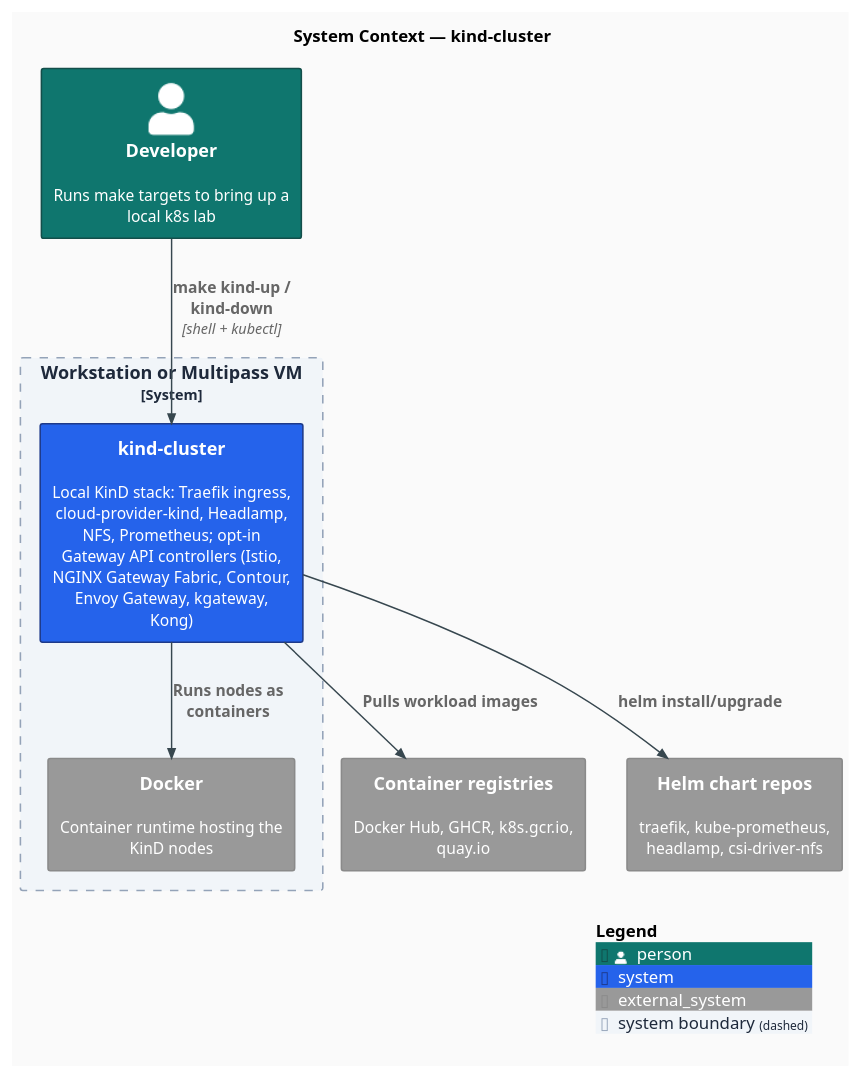
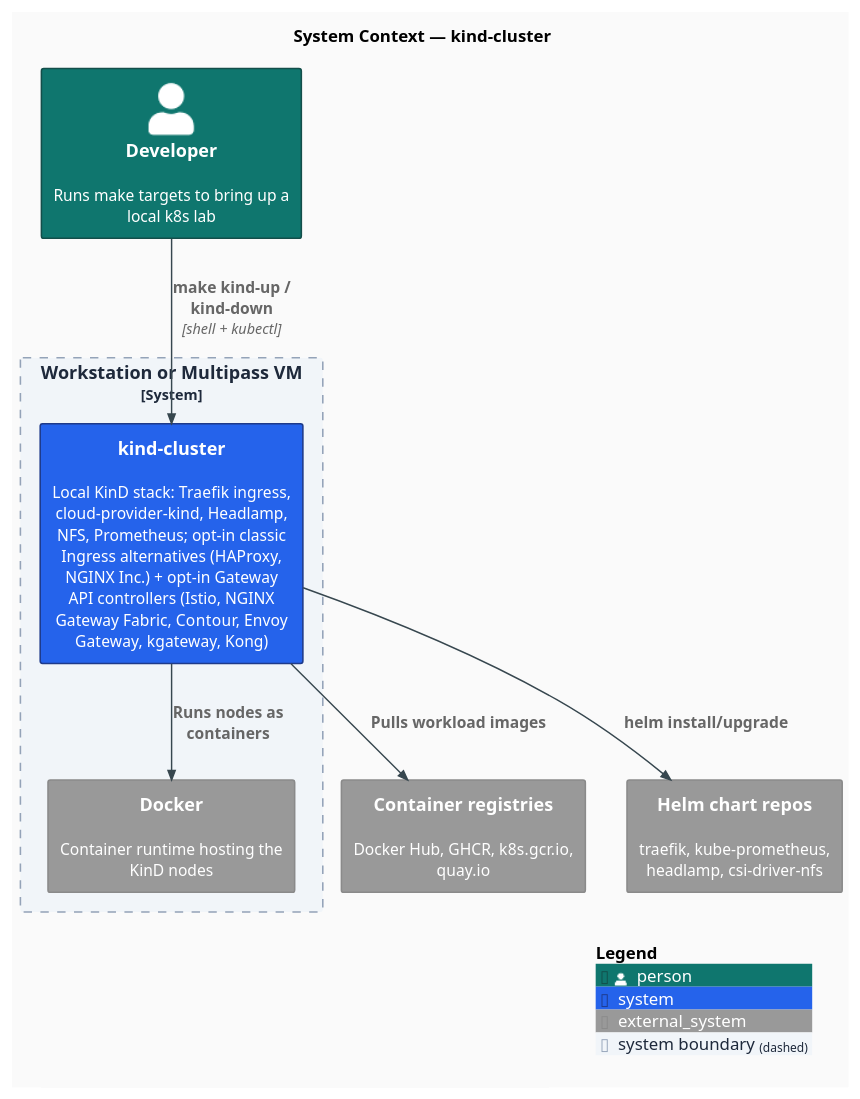
One commit to AndriyKalashnykov/kind-cluster changed the diagram in docs/diagrams/c4-context.puml. Above: the diagram before and after it, drawn with PlantUML. The commit also changed 15 other files, not shown here.

```diff
--- a/docs/diagrams/c4-context.puml
+++ b/docs/diagrams/c4-context.puml
@@ -1,37 +1,37 @@
 @startuml c4-context
 !include https://raw.githubusercontent.com/plantuml-stdlib/C4-PlantUML/v2.13.0/C4_Context.puml
 
 ' Modern flat styling: no shadows, sharper corners, clean sans-serif, modern palette.
 skinparam backgroundColor #FAFAFA
 skinparam shadowing false
 skinparam roundCorner 4
 skinparam defaultFontName "Inter, Helvetica, Arial, sans-serif"
 skinparam defaultFontSize 13
 skinparam ArrowColor #37474F
 skinparam ArrowThickness 1.2
 skinparam rectangleBorderThickness 1.3
 
 UpdateElementStyle("person",       $fontColor="#FFFFFF", $bgColor="#0F766E", $borderColor="#134E4A")
 UpdateElementStyle("system",       $fontColor="#FFFFFF", $bgColor="#2563EB", $borderColor="#1E3A8A")
 UpdateElementStyle("system_ext",   $fontColor="#FFFFFF", $bgColor="#64748B", $borderColor="#334155")
 UpdateBoundaryStyle($bgColor="#F1F5F9", $borderColor="#94A3B8", $fontColor="#1E293B")
 
 title System Context — kind-cluster
 
 Person(dev, "Developer", "Runs make targets to bring up a local k8s lab")
 
 System_Boundary(host, "Workstation or Multipass VM") {
-  System(kind, "kind-cluster", "Local KinD stack: Traefik ingress, cloud-provider-kind, Headlamp, NFS, Prometheus; opt-in Gateway API controllers (Istio, NGINX Gateway Fabric, Contour, Envoy Gateway, kgateway, Kong)")
+  System(kind, "kind-cluster", "Local KinD stack: Traefik ingress, cloud-provider-kind, Headlamp, NFS, Prometheus; opt-in classic Ingress alternatives (HAProxy, NGINX Inc.) + opt-in Gateway API controllers (Istio, NGINX Gateway Fabric, Contour, Envoy Gateway, kgateway, Kong)")
   System_Ext(docker, "Docker", "Container runtime hosting the KinD nodes")
 }
 
 System_Ext(registries, "Container registries", "Docker Hub, GHCR, k8s.gcr.io, quay.io")
 System_Ext(charts, "Helm chart repos", "traefik, kube-prometheus, headlamp, csi-driver-nfs")
 
 Rel(dev, kind, "make kind-up / kind-down", "shell + kubectl")
 Rel(kind, docker, "Runs nodes as containers")
 Rel(kind, registries, "Pulls workload images")
 Rel(kind, charts, "helm install/upgrade")
 
 SHOW_LEGEND()
 @enduml
```
